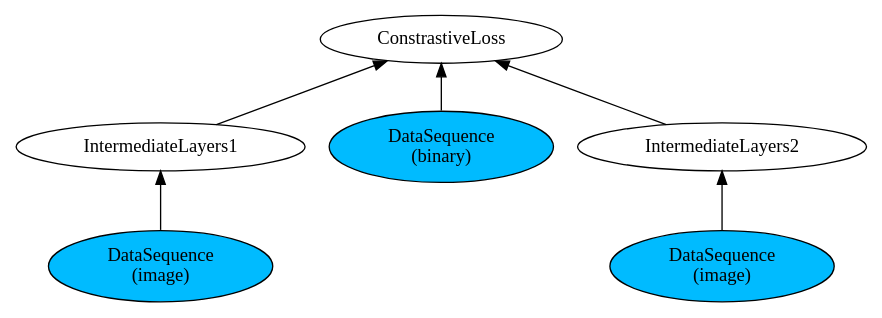
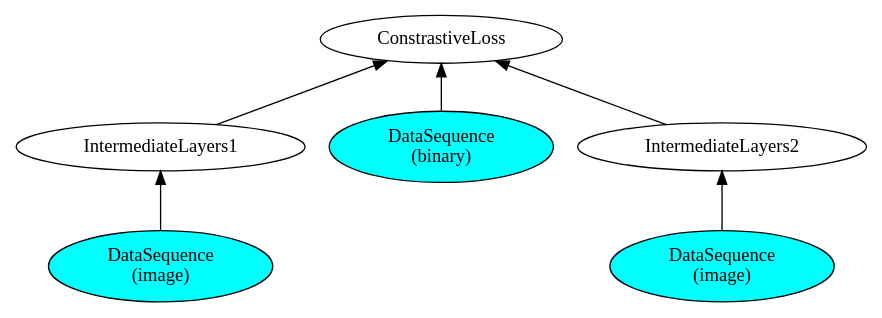
Before and after one commit to netheril96/images: the diagram in abstraction_and_unification_of_data_input/img_img_label.dot, drawn with Graphviz. The commit also changed 9 other files, not shown here.

```diff
--- a/abstraction_and_unification_of_data_input/img_img_label.dot
+++ b/abstraction_and_unification_of_data_input/img_img_label.dot
@@ -1,11 +1,11 @@
 digraph Network {
     rankdir=BT;
-    d1 [label="DataSequence\n(image)", style="filled", fillcolor="#00BBFF"];
-    d2 [label="DataSequence\n(image)", style="filled", fillcolor="#00BBFF"];
-    d3 [label="DataSequence\n(binary)", style="filled", fillcolor="#00BBFF"];
+    d1 [label="DataSequence\n(image)", style="filled", fillcolor="#00FFFF"];
+    d2 [label="DataSequence\n(image)", style="filled", fillcolor="#00FFFF"];
+    d3 [label="DataSequence\n(binary)", style="filled", fillcolor="#00FFFF"];
     d1 -> IntermediateLayers1;
     d2 -> IntermediateLayers2;
     IntermediateLayers1 -> ConstrastiveLoss;
     IntermediateLayers2 -> ConstrastiveLoss;
     d3 -> ConstrastiveLoss;
 }
```
